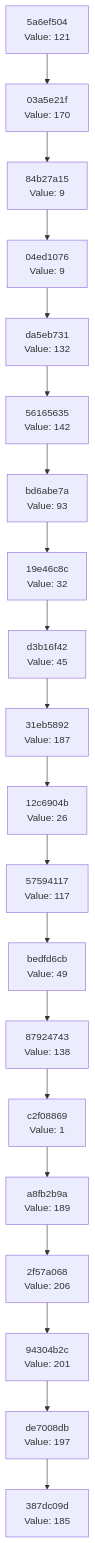
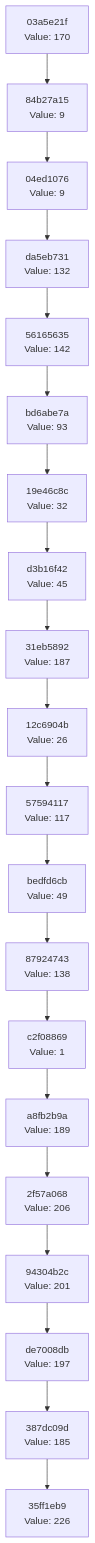
One commit to Abhisheksinha1506/hash-chain-evolver changed the diagram in docs/CHAIN_VISUALIZATION.md. Above: the diagram before and after it, drawn with Mermaid. The commit also changed 3 other files, not shown here.

````diff
--- a/docs/CHAIN_VISUALIZATION.md
+++ b/docs/CHAIN_VISUALIZATION.md
@@ -3,42 +3,42 @@
 ```mermaid
 graph TD
-    C0["387dc09d<br/>Value: 185"]
-    C1["de7008db<br/>Value: 197"]
+    C0["35ff1eb9<br/>Value: 226"]
+    C1["387dc09d<br/>Value: 185"]
     C1 --> C0
-    C2["94304b2c<br/>Value: 201"]
+    C2["de7008db<br/>Value: 197"]
     C2 --> C1
-    C3["2f57a068<br/>Value: 206"]
+    C3["94304b2c<br/>Value: 201"]
     C3 --> C2
-    C4["a8fb2b9a<br/>Value: 189"]
+    C4["2f57a068<br/>Value: 206"]
     C4 --> C3
-    C5["c2f08869<br/>Value: 1"]
+    C5["a8fb2b9a<br/>Value: 189"]
     C5 --> C4
-    C6["87924743<br/>Value: 138"]
+    C6["c2f08869<br/>Value: 1"]
     C6 --> C5
-    C7["bedfd6cb<br/>Value: 49"]
+    C7["87924743<br/>Value: 138"]
     C7 --> C6
-    C8["57594117<br/>Value: 117"]
+    C8["bedfd6cb<br/>Value: 49"]
     C8 --> C7
-    C9["12c6904b<br/>Value: 26"]
+    C9["57594117<br/>Value: 117"]
     C9 --> C8
-    C10["31eb5892<br/>Value: 187"]
+    C10["12c6904b<br/>Value: 26"]
     C10 --> C9
-    C11["d3b16f42<br/>Value: 45"]
+    C11["31eb5892<br/>Value: 187"]
     C11 --> C10
-    C12["19e46c8c<br/>Value: 32"]
+    C12["d3b16f42<br/>Value: 45"]
     C12 --> C11
-    C13["bd6abe7a<br/>Value: 93"]
+    C13["19e46c8c<br/>Value: 32"]
     C13 --> C12
-    C14["56165635<br/>Value: 142"]
+    C14["bd6abe7a<br/>Value: 93"]
     C14 --> C13
-    C15["da5eb731<br/>Value: 132"]
+    C15["56165635<br/>Value: 142"]
     C15 --> C14
-    C16["04ed1076<br/>Value: 9"]
+    C16["da5eb731<br/>Value: 132"]
     C16 --> C15
-    C17["84b27a15<br/>Value: 9"]
+    C17["04ed1076<br/>Value: 9"]
     C17 --> C16
-    C18["03a5e21f<br/>Value: 170"]
+    C18["84b27a15<br/>Value: 9"]
     C18 --> C17
-    C19["5a6ef504<br/>Value: 121"]
+    C19["03a5e21f<br/>Value: 170"]
     C19 --> C18
 ```
````
